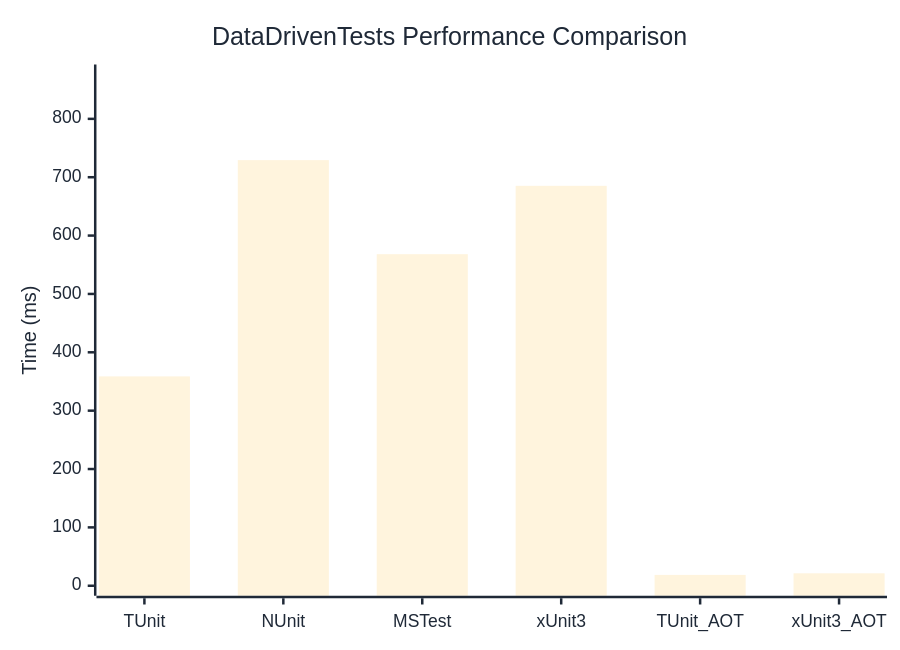
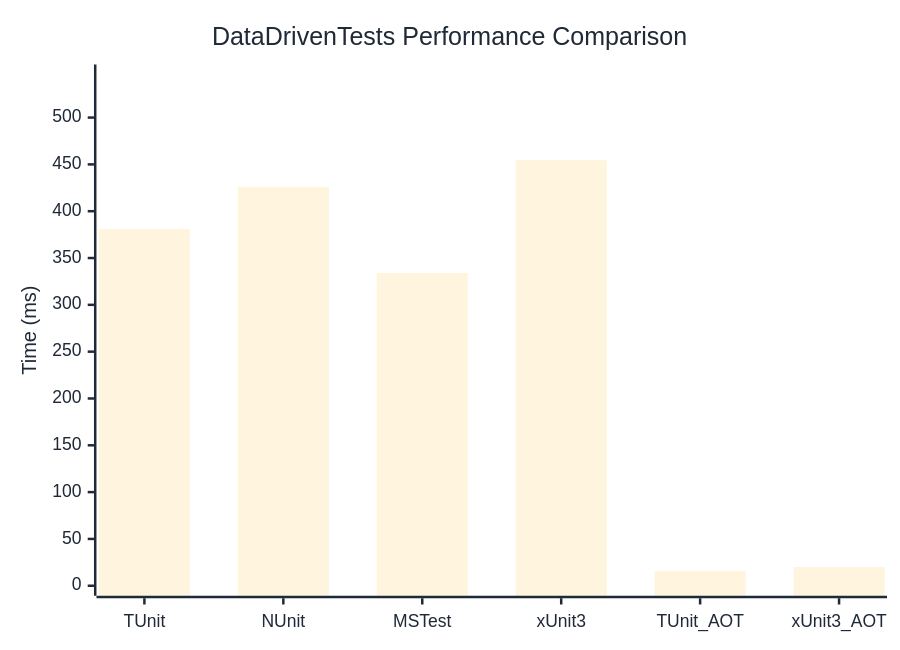
Before and after one commit to thomhurst/TUnit: the diagram in docs/docs/benchmarks/engine/DataDrivenTests.md, drawn with Mermaid. The commit also changed other lines of this file and 17 other files, not shown here.

````diff
--- a/docs/docs/benchmarks/engine/DataDrivenTests.md
+++ b/docs/docs/benchmarks/engine/DataDrivenTests.md
@@ -30,37 +30,37 @@
 ```mermaid
 %%{init: {
   'theme':'base',
   'themeVariables': {
     'primaryColor': '#2563eb',
     'primaryTextColor': '#1f2937',
     'primaryBorderColor': '#1e40af',
     'lineColor': '#6b7280',
     'secondaryColor': '#7c3aed',
     'tertiaryColor': '#dc2626',
     'background': '#ffffff',
     'mainBkg': '#2563eb',
     'secondBkg': '#7c3aed',
     'tertiaryBkg': '#dc2626',
     'clusterBkg': '#f3f4f6',
     'edgeLabelBackground': '#ffffff',
     'tertiaryTextColor': '#1f2937',
     'pie1': '#2563eb',
     'pie2': '#7c3aed',
     'pie3': '#dc2626',
     'pie4': '#f59e0b',
     'pie5': '#10b981',
     'pie6': '#06b6d4',
     'pie7': '#ec4899',
     'pie8': '#6366f1',
     'pie9': '#84cc16',
     'pie10': '#f97316',
     'pie11': '#14b8a6',
     'pie12': '#a855f7'
   }
 }}%%
 xychart-beta
   title "DataDrivenTests Performance Comparison"
   x-axis ["TUnit", "NUnit", "MSTest", "xUnit3", "TUnit_AOT", "xUnit3_AOT"]
-  y-axis "Time (ms)" 0 --> 876
-  bar [358.71, 729.29, 568.12, 685.27, 18.57, 21.31]
+  y-axis "Time (ms)" 0 --> 546
+  bar [380.89, 425.77, 334.07, 454.53, 15.92, 20.09]
 ```
````
